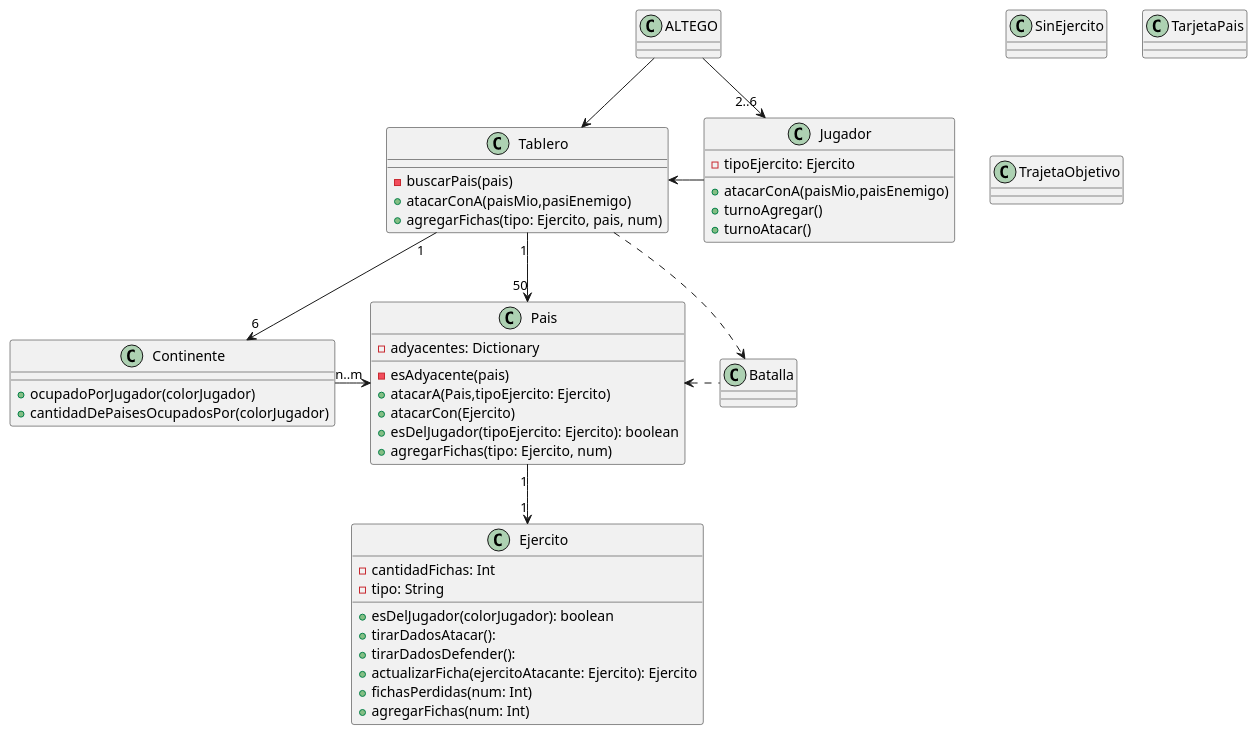
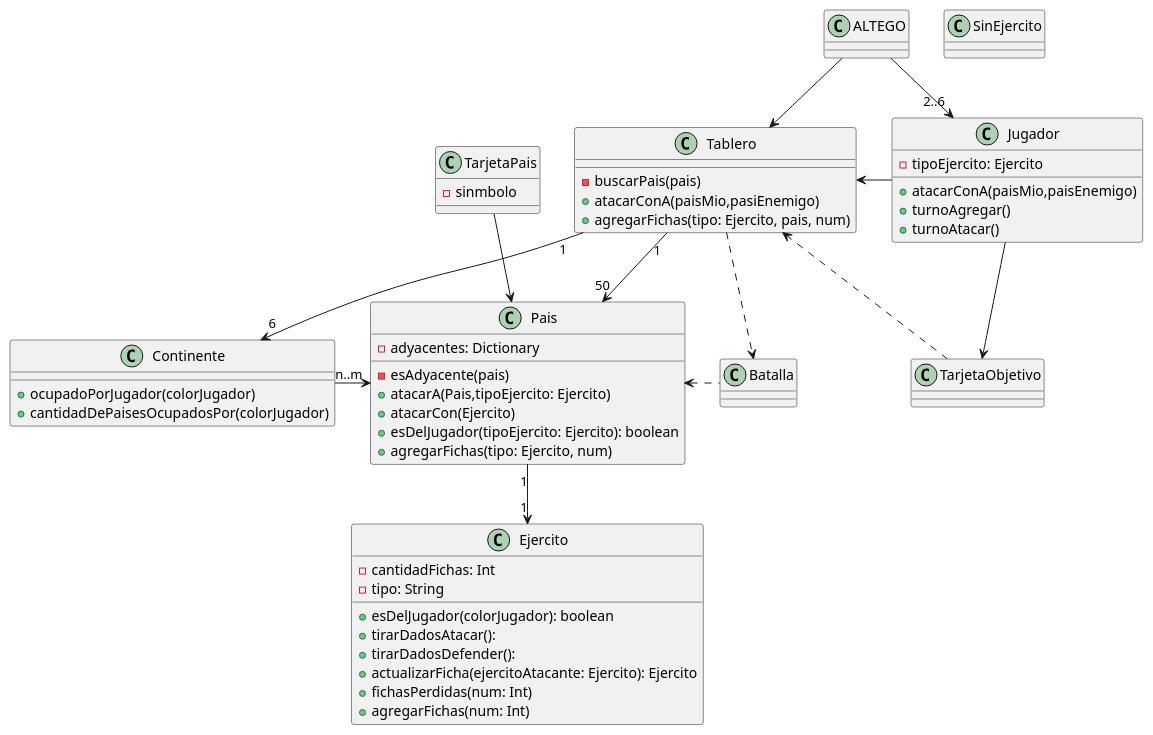
The diagram in docs/Diagramas/Codigo/diagrama_de_clase_inicial.puml (mpata2000/Algo3-TP2-TEG), drawn with PlantUML before and after one commit. The commit also changed 1 other file, not shown here.

```diff
--- a/docs/Diagramas/Codigo/diagrama_de_clase_inicial.puml
+++ b/docs/Diagramas/Codigo/diagrama_de_clase_inicial.puml
@@ -1,67 +1,72 @@
 @startuml ModeloInicial-V0.3
 
 Class ALTEGO{
 
 }
 
 Class Tablero{
     -buscarPais(pais)
     +atacarConA(paisMio,pasiEnemigo)
     +agregarFichas(tipo: Ejercito, pais, num)
 }
 
 Class Continente{
     +ocupadoPorJugador(colorJugador)
     +cantidadDePaisesOcupadosPor(colorJugador)
 }
 
 Class Jugador{
     -tipoEjercito: Ejercito
     +atacarConA(paisMio,paisEnemigo)
     +turnoAgregar()
     +turnoAtacar()
 }
 
 Class Pais{
     -adyacentes: Dictionary
     -esAdyacente(pais)
     +atacarA(Pais,tipoEjercito: Ejercito)
     +atacarCon(Ejercito)
     +esDelJugador(tipoEjercito: Ejercito): boolean
     +agregarFichas(tipo: Ejercito, num)
 }
 
 Class Ejercito{
     -cantidadFichas: Int
     -tipo: String
     +esDelJugador(colorJugador): boolean
     +tirarDadosAtacar():
     +tirarDadosDefender():
     +actualizarFicha(ejercitoAtacante: Ejercito): Ejercito
     +fichasPerdidas(num: Int)
     +agregarFichas(num: Int)
 }
 
 Class SinEjercito{
 
 }
 
 Class Batalla{
 
 }
 
-Class TarjetaPais{}
+Class TarjetaPais{
+    - sinmbolo
+}
 
-Class TrajetaObjetivo{}
+Class TarjetaObjetivo{}
 
 ALTEGO --> Tablero
 ALTEGO --> "2..6"Jugador
 Jugador  -left-> Tablero
 Tablero "1"-->"50" Pais
 Tablero "1"-->"6" Continente
 Tablero ..> Batalla
 Batalla .left.> Pais
 Continente --right-->"n..m" Pais
 Pais "1"-->"1" Ejercito
+Jugador --> TarjetaObjetivo
+TarjetaObjetivo ..> Tablero
+TarjetaPais --> Pais
 
 @enduml
```
